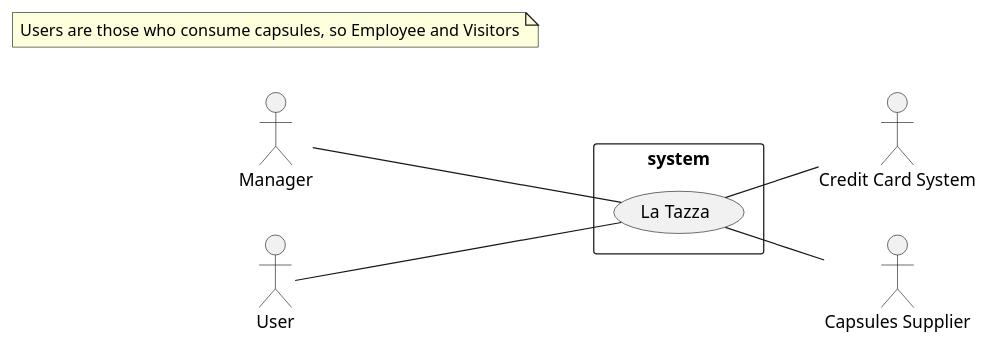
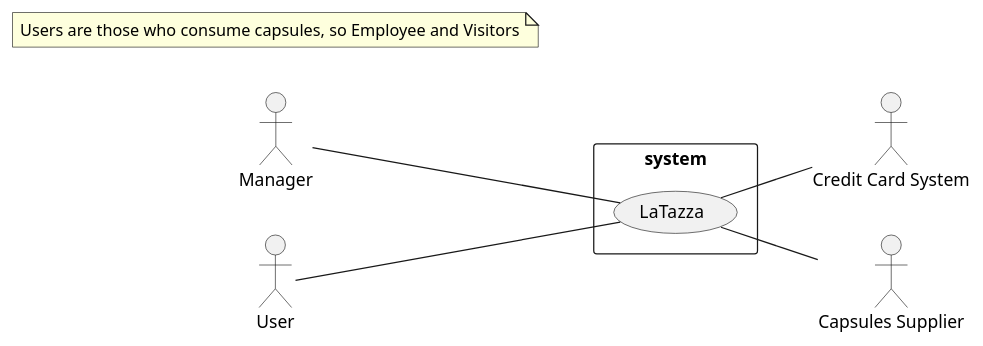
One commit to SimoneDutto/LaTazza changed the first of 2 diagrams in templates/RequirementsTemplate.md. Above: the diagram before and after it, drawn with PlantUML. The commit also changed other lines of this file, not shown here.

Commit message:
Update Use Case Diagram and Use Cases

````diff
--- a/templates/RequirementsTemplate.md
+++ b/templates/RequirementsTemplate.md
@@ -41,18 +41,18 @@
 ```plantuml
 left to right direction
 skinparam packageStyle rectangle
 
 Actor Manager as m
 Actor User as u
 Actor "Credit Card System" as cc
 Actor "Capsules Supplier" as cs
 
 rectangle system {
-  (La Tazza) as lt
+  (LaTazza) as lt
   m -- lt
   u -- lt
   lt -- cc
   lt -- cs
 }
 note "Users are those who consume capsules, so Employee and Visitors" as n
 ```
````
